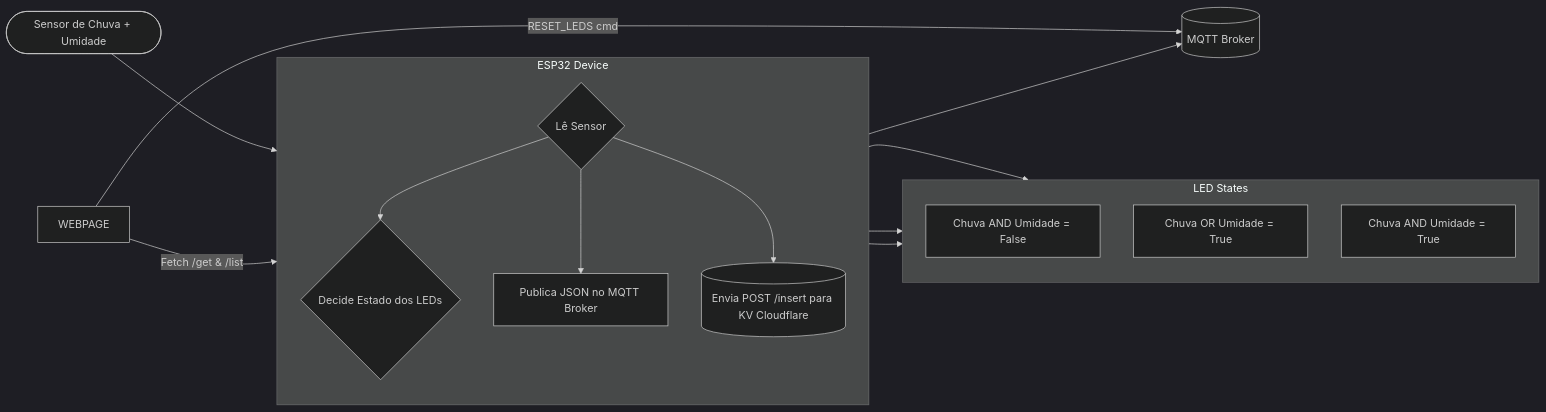
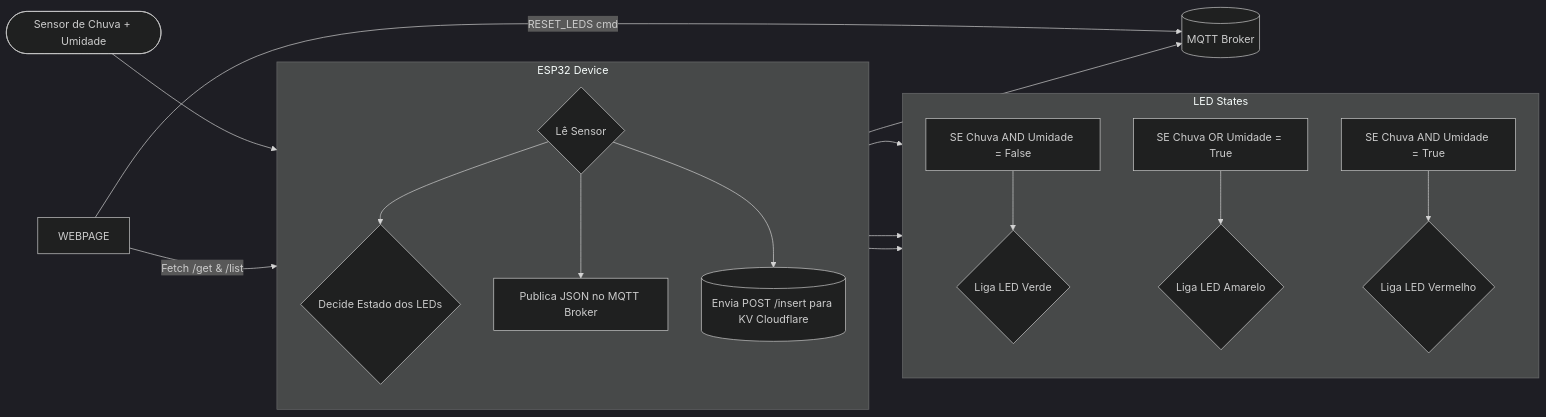
One commit to Deisab/Trab_gabriel_IOT_g1 changed the diagram in README.md. Above: the diagram before and after it, drawn with Mermaid (dark theme). The commit also changed other lines of this file, not shown here.

````diff
--- a/README.md
+++ b/README.md
@@ -8,24 +8,28 @@
 ```mermaid
 flowchart LR
   SENSORS([Sensor de Chuva + Umidade]) --> ESP32_NODE
 
   subgraph ESP32 [ESP32 Device]
     direction TB
     ESP32_NODE{Lê Sensor} --> LED_CTRL{Decide Estado dos LEDs}
     ESP32_NODE --> MQTT_PUB[Publica JSON no MQTT Broker]
     ESP32_NODE --> CF_POST[(Envia POST /insert para KV Cloudflare)]
   end
 
   %% LEDs em bloco separado
   subgraph LEDS [LED States]
     direction TB
-    LED_CTRL --> LED_1[Chuva AND Umidade = False]
-    LED_CTRL --> LED_2[Chuva OR Umidade = True]
-    LED_CTRL --> LED_3[Chuva AND Umidade = True]
+    LED_CTRL --> LED_1[SE Chuva AND Umidade = False]
+    LED_CTRL --> LED_2[SE Chuva OR Umidade = True]
+    LED_CTRL --> LED_3[SE Chuva AND Umidade = True]
+
+    LED_1 --> LED_VERDE{Liga LED Verde}
+    LED_2 --> LED_AMARELO{Liga LED Amarelo}
+    LED_3 --> LED_VERMELHO{Liga LED Vermelho}
   end
 
   %% MQTT
   MQTT_PUB --> BROKER[(MQTT Broker)]
   WEBPAGE -->|RESET_LEDS cmd| BROKER
   WEBPAGE -->|Fetch /get & /list| CF_POST
 ```
````
